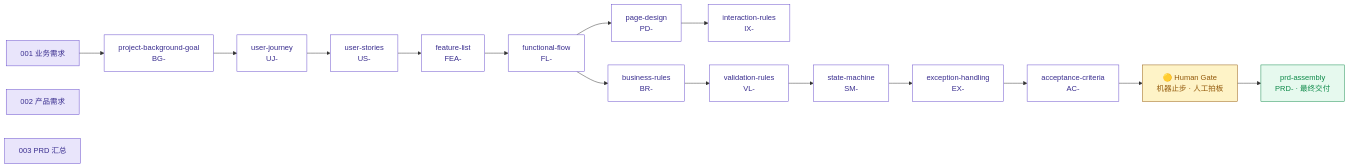
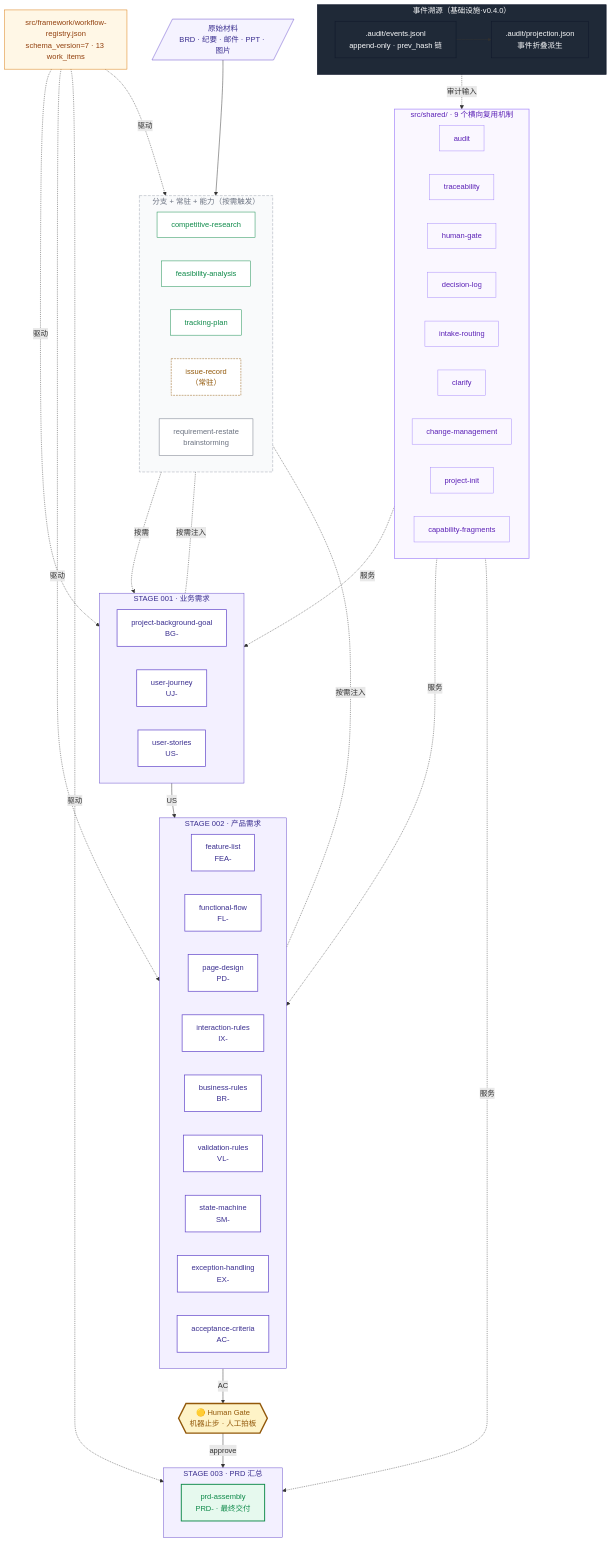
The first of 3 diagrams in README.md (konwait12/pm-scaffold), drawn with Mermaid before and after one commit. The commit also changed other lines of this file, not shown here.

Commit message:
docs(v0.5.0): redraw architecture diagram with full layered view
修复原架构全景图的几个问题：
- classDef stage 未应用 → subgraph 容器 + style 显式上色
- 2 条平行链视觉混乱 → 用 subgraph S001/S002/S003 内 direction LR 清晰组织
- 缺共享机制 / 事件溯源 / 分支层 → 3 个新 subgraph 补全
- Human Gate 显示为节点 → 改为菱形 + 厚边框 (gate 类)
- 主链路 vs 服务/驱动连接 → 实线（主依赖）+ 虚线（触发/服务）分离

新图含：
- 上游原始材料输入
- 注册表（唯一真相源，schema=7）
- 3 个阶段 subgraph（13 个 work_item）
- Human Gate 屏障
- 3 分支 + 1 常驻 + 2 能力 subgraph（按需触发）
- 9 个共享机制 subgraph（横向服务）
- 事件溯源 subgraph（events.jsonl → projection.json）
- 样式 classDef 完整定义（input/registry/main/branch/resident/cap/gate/final/shared/event）

````diff
--- a/README.md
+++ b/README.md
@@ -208,33 +208,101 @@
 ```mermaid
-flowchart LR
-    classDef stage fill:#e9e5fb,stroke:#654acb,color:#3a2e8f
-    classDef main fill:#fff,stroke:#654acb,color:#3a2e8f
-    classDef gate fill:#fef3c7,stroke:#92580a,color:#92580a
-    classDef final fill:#e6f9ee,stroke:#0f8a4a,color:#0f8a4a
+flowchart TB
+    %% 上游：原始材料
+    IN[/"原始材料<br/>BRD · 纪要 · 邮件 · PPT · 图片"/]:::input
 
-    S001["001 业务需求"]:::stage
-    S002["002 产品需求"]:::stage
-    S003["003 PRD 汇总"]:::stage
+    %% 注册表（唯一真相源）
+    REG["src/framework/workflow-registry.json<br/>schema_version=7 · 13 work_items"]:::registry
 
-    BG["project-background-goal<br/>BG-"]:::main
-    UJ["user-journey<br/>UJ-"]:::main
-    US["user-stories<br/>US-"]:::main
+    %% 三阶段 + 13 work_item
+    subgraph S001["STAGE 001 · 业务需求"]
+        direction LR
+        BG["project-background-goal<br/>BG-"]:::main
+        UJ["user-journey<br/>UJ-"]:::main
+        US["user-stories<br/>US-"]:::main
+    end
 
-    FEA["feature-list<br/>FEA-"]:::main
-    FL["functional-flow<br/>FL-"]:::main
-    PD["page-design<br/>PD-"]:::main
-    IX["interaction-rules<br/>IX-"]:::main
-    BR["business-rules<br/>BR-"]:::main
-    VL["validation-rules<br/>VL-"]:::main
-    SM["state-machine<br/>SM-"]:::main
-    EX["exception-handling<br/>EX-"]:::main
-    AC["acceptance-criteria<br/>AC-"]:::main
+    subgraph S002["STAGE 002 · 产品需求"]
+        direction LR
+        FEA["feature-list<br/>FEA-"]:::main
+        FL["functional-flow<br/>FL-"]:::main
+        PD["page-design<br/>PD-"]:::main
+        IX["interaction-rules<br/>IX-"]:::main
+        BR["business-rules<br/>BR-"]:::main
+        VL["validation-rules<br/>VL-"]:::main
+        SM["state-machine<br/>SM-"]:::main
+        EX["exception-handling<br/>EX-"]:::main
+        AC["acceptance-criteria<br/>AC-"]:::main
+    end
 
-    HG["🟡 Human Gate<br/>机器止步 · 人工拍板"]:::gate
-    PRD["prd-assembly<br/>PRD- · 最终交付"]:::final
+    %% Human Gate 屏障
+    HG{{"🟡 Human Gate<br/>机器止步 · 人工拍板"}}:::gate
 
-    S001 --> BG --> UJ --> US
-    US --> FEA --> FL --> PD --> IX
-    FL --> BR --> VL --> SM --> EX --> AC
-    AC --> HG --> PRD
+    subgraph S003["STAGE 003 · PRD 汇总"]
+        direction LR
+        PRD["prd-assembly<br/>PRD- · 最终交付"]:::final
+    end
+
+    %% 分支 / 常驻 / 能力（按需触发）
+    subgraph BRANCHES["分支 + 常驻 + 能力（按需触发）"]
+        direction LR
+        CR["competitive-research"]:::branch
+        FA["feasibility-analysis"]:::branch
+        TP["tracking-plan"]:::branch
+        IR["issue-record<br/>（常驻）"]:::resident
+        RR["requirement-restate<br/>brainstorming"]:::cap
+    end
+
+    %% 共享机制（横向服务）
+    subgraph SHARED["src/shared/ · 9 个横向复用机制"]
+        direction LR
+        SH1["audit"]:::shared
+        SH2["traceability"]:::shared
+        SH3["human-gate"]:::shared
+        SH4["decision-log"]:::shared
+        SH5["intake-routing"]:::shared
+        SH6["clarify"]:::shared
+        SH7["change-management"]:::shared
+        SH8["project-init"]:::shared
+        SH9["capability-fragments"]:::shared
+    end
+
+    %% 事件溯源（基础设施）
+    subgraph AUDIT["事件溯源（基础设施·v0.4.0）"]
+        direction LR
+        EVT[".audit/events.jsonl<br/>append-only · prev_hash 链"]:::event
+        PROJ[".audit/projection.json<br/>事件折叠派生"]:::event
+    end
+
+    %% 主链路
+    IN --> RR -.按需.-> S001
+    REG -.驱动.-> S001 & S002 & S003 & BRANCHES
+    S001 -- US --> S002
+    S002 -- AC --> HG
+    HG -- "approve" --> S003
+
+    %% 分支常驻接入
+    BRANCHES -.按需注入.- S001 & S002
+
+    %% 共享机制 + 事件溯源 服务主链路
+    SHARED -.服务.-> S001 & S002 & S003
+    EVT --> PROJ -.审计输入.-> SHARED
+
+    %% 样式
+    classDef input fill:#f5f3ff,stroke:#654acb,color:#3a2e8f
+    classDef registry fill:#fff7e6,stroke:#d97706,color:#92400e
+    classDef main fill:#fff,stroke:#654acb,color:#3a2e8f,stroke-width:1.5px
+    classDef branch fill:#fff,stroke:#0f8a4a,color:#0f8a4a
+    classDef resident fill:#fff,stroke:#92580a,color:#92580a,stroke-dasharray:4 2
+    classDef cap fill:#fff,stroke:#6b7280,color:#6b7280
+    classDef gate fill:#fef3c7,stroke:#92580a,color:#92580a,stroke-width:3px
+    classDef final fill:#e6f9ee,stroke:#0f8a4a,color:#0f8a4a,stroke-width:2px
+    classDef shared fill:#faf7ff,stroke:#a78bfa,color:#5b21b6,stroke-width:1px
+    classDef event fill:#1f2937,stroke:#0f172a,color:#f9fafb
+
+    style S001 fill:#f3f0ff,stroke:#654acb,stroke-width:1px,color:#3a2e8f
+    style S002 fill:#f3f0ff,stroke:#654acb,stroke-width:1px,color:#3a2e8f
+    style S003 fill:#f3f0ff,stroke:#654acb,stroke-width:1px,color:#3a2e8f
+    style BRANCHES fill:#f9fafb,stroke:#9ca3af,stroke-width:1px,stroke-dasharray:6 3,color:#6b7280
+    style SHARED fill:#faf7ff,stroke:#a78bfa,stroke-width:1.5px,color:#5b21b6
+    style AUDIT fill:#1f2937,stroke:#0f172a,stroke-width:1.5px,color:#f9fafb
 ```
````
